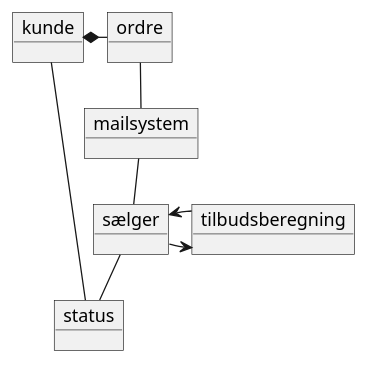
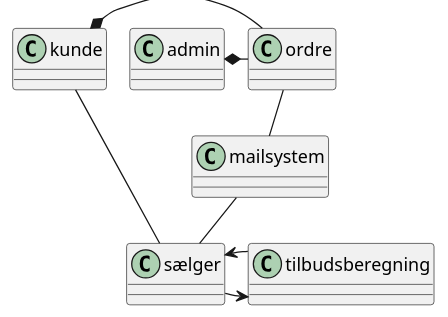
The diagram in PlantUML/DomainModel.puml (DarkDrinker/Carport-eksamensprojekt-2Sem), drawn with PlantUML before and after one commit.

Commit message:
updated model

```diff
--- a/PlantUML/DomainModel.puml
+++ b/PlantUML/DomainModel.puml
@@ -1,21 +1,21 @@
 @startuml
 'https://plantuml.com/object-diagram
 !pragma layout smetana
 
-object kunde
-object ordre
-object status
-object mailsystem
-object tilbudsberegning
-object sælger
+class kunde
+class ordre
+
+class mailsystem
+class tilbudsberegning
+class sælger
 
 
 kunde *- ordre
+admin *- ordre
 ordre -- mailsystem
 mailsystem -- sælger
 sælger -> tilbudsberegning
 tilbudsberegning -> sælger
-sælger -- status
-kunde -- status
+sælger -- kunde
 
 @enduml
```
